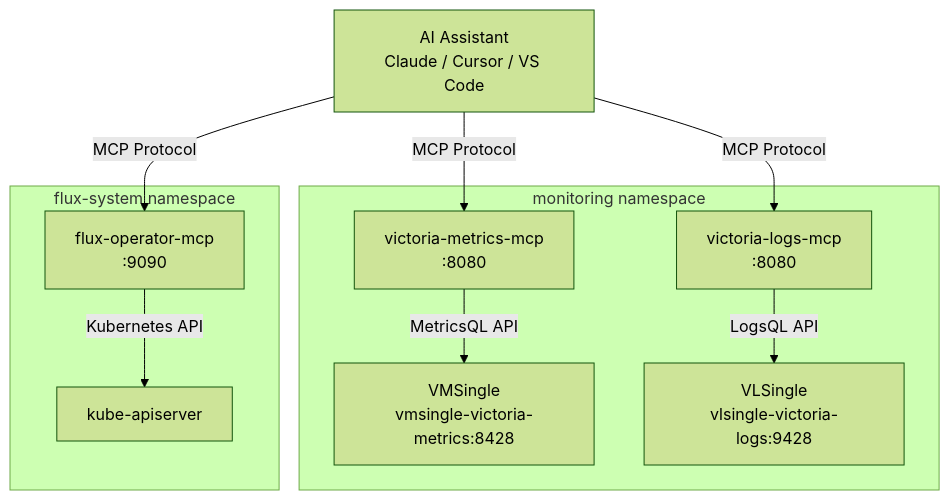
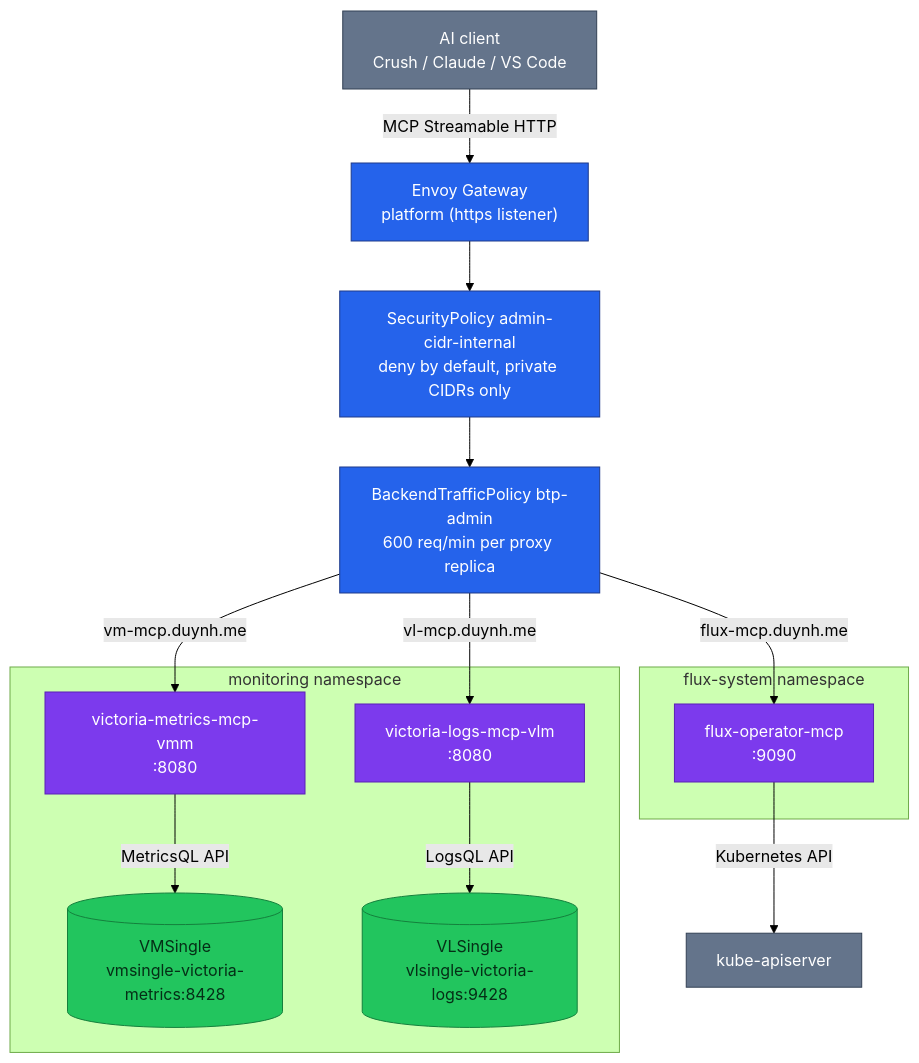
The diagram in docs/platform/mcp-servers.md (duynhlab/homelab), drawn with Mermaid (forest theme) before and after one commit. The commit also changed other lines of this file and 4 other files, not shown here.

First line of the commit message:
Rewrite MCP doc to deployed reality, fix .crush.json domain

````diff
--- a/docs/platform/mcp-servers.md
+++ b/docs/platform/mcp-servers.md
@@ -15,22 +19,34 @@
 ```mermaid
 flowchart TD
-    AI[AI Assistant<br/>Claude / Cursor / VS Code] -->|MCP Protocol| VMMCP[victoria-metrics-mcp<br/>:8080]
-    AI -->|MCP Protocol| VLMCP[victoria-logs-mcp<br/>:8080]
-    AI -->|MCP Protocol| FMCP[flux-operator-mcp<br/>:9090]
+    AI["AI client<br/>Crush / Claude / VS Code"] -->|"MCP Streamable HTTP"| GW["Envoy Gateway<br/>platform (https listener)"]
+    GW --> FENCE["SecurityPolicy admin-cidr-internal<br/>deny by default, private CIDRs only"]
+    FENCE --> BTP["BackendTrafficPolicy btp-admin<br/>600 req/min per proxy replica"]
 
-    VMMCP -->|MetricsQL API| VMS[VMSingle<br/>vmsingle-victoria-metrics:8428]
-    VLMCP -->|LogsQL API| VLS[VLSingle<br/>vlsingle-victoria-logs:9428]
-    FMCP -->|Kubernetes API| K8S[kube-apiserver]
+    BTP -->|"vm-mcp.duynh.me"| VMMCP["victoria-metrics-mcp-vmm<br/>:8080"]
+    BTP -->|"vl-mcp.duynh.me"| VLMCP["victoria-logs-mcp-vlm<br/>:8080"]
+    BTP -->|"flux-mcp.duynh.me"| FMCP["flux-operator-mcp<br/>:9090"]
+
+    VMMCP -->|"MetricsQL API"| VMS[("VMSingle<br/>vmsingle-victoria-metrics:8428")]
+    VLMCP -->|"LogsQL API"| VLS[("VLSingle<br/>vlsingle-victoria-logs:9428")]
+    FMCP -->|"Kubernetes API"| K8S["kube-apiserver"]
 
     subgraph monitoring["monitoring namespace"]
+        VMMCP
+        VLMCP
         VMS
         VLS
-        VMMCP
-        VLMCP
     end
 
-    subgraph flux-system["flux-system namespace"]
+    subgraph fluxsystem["flux-system namespace"]
         FMCP
-        K8S
     end
+
+    classDef edge fill:#2563eb,color:#fff,stroke:#1e3a8a;
+    classDef platform fill:#7c3aed,color:#fff,stroke:#5b21b6;
+    classDef data fill:#22c55e,color:#052e16,stroke:#15803d;
+    classDef external fill:#64748b,color:#fff,stroke:#334155;
+    class GW,FENCE,BTP edge;
+    class VMMCP,VLMCP,FMCP platform;
+    class VMS,VLS data;
+    class AI,K8S external;
 ```
````
